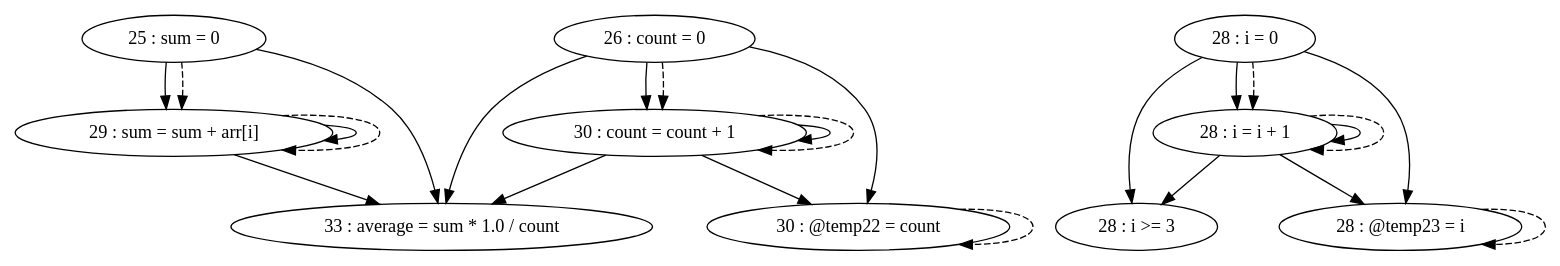
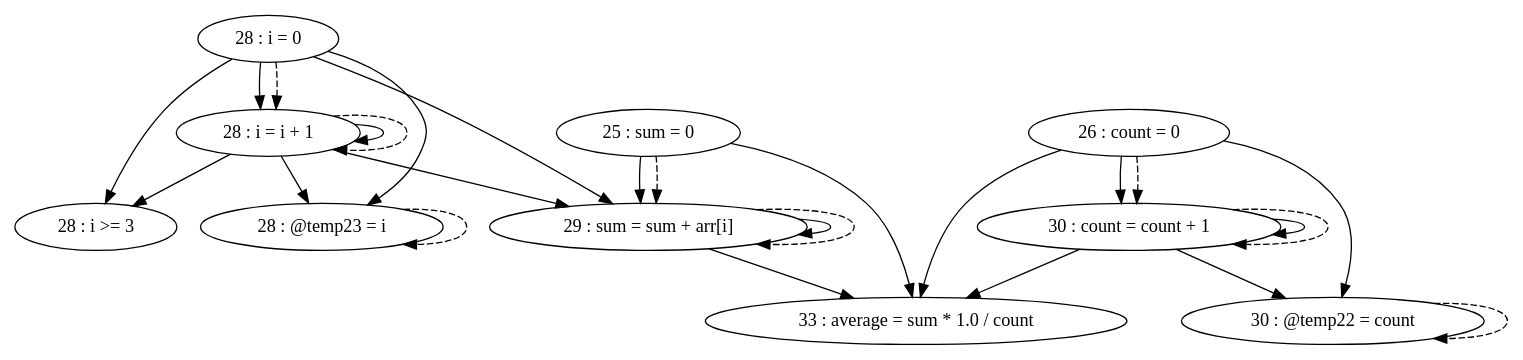
One commit to thomassimko/thesis-code-duplication changed the diagram in pdg/source/testFiles/TestCases/TestCase10/TestCase10-test2.gv. Above: the diagram before and after it, drawn with Graphviz. The commit also changed 33 other files, not shown here.

```diff
--- a/pdg/source/testFiles/TestCases/TestCase10/TestCase10-test2.gv
+++ b/pdg/source/testFiles/TestCases/TestCase10/TestCase10-test2.gv
@@ -1,36 +1,38 @@
 digraph G {
 "25 : sum = 0"
 "25 : sum = 0" -> "29 : sum = sum + arr[i]"
 "25 : sum = 0" -> "33 : average = sum * 1.0 / count"
 "25 : sum = 0" -> "29 : sum = sum + arr[i]" [style=dashed]
 "26 : count = 0"
 "26 : count = 0" -> "33 : average = sum * 1.0 / count"
 "26 : count = 0" -> "30 : @temp22 = count"
 "26 : count = 0" -> "30 : count = count + 1"
 "26 : count = 0" -> "30 : count = count + 1" [style=dashed]
 "28 : i = 0"
+"28 : i = 0" -> "29 : sum = sum + arr[i]"
+"28 : i = 0" -> "28 : @temp23 = i"
 "28 : i = 0" -> "28 : i >= 3"
-"28 : i = 0" -> "28 : @temp23 = i"
 "28 : i = 0" -> "28 : i = i + 1"
 "28 : i = 0" -> "28 : i = i + 1" [style=dashed]
 "28 : i >= 3"
 "29 : sum = sum + arr[i]"
 "29 : sum = sum + arr[i]" -> "29 : sum = sum + arr[i]"
 "29 : sum = sum + arr[i]" -> "33 : average = sum * 1.0 / count"
 "29 : sum = sum + arr[i]" -> "29 : sum = sum + arr[i]" [style=dashed]
 "30 : @temp22 = count"
 "30 : @temp22 = count" -> "30 : @temp22 = count" [style=dashed]
 "30 : count = count + 1"
 "30 : count = count + 1" -> "33 : average = sum * 1.0 / count"
 "30 : count = count + 1" -> "30 : @temp22 = count"
 "30 : count = count + 1" -> "30 : count = count + 1"
 "30 : count = count + 1" -> "30 : count = count + 1" [style=dashed]
 "28 : @temp23 = i"
 "28 : @temp23 = i" -> "28 : @temp23 = i" [style=dashed]
 "28 : i = i + 1"
+"28 : i = i + 1" -> "29 : sum = sum + arr[i]"
+"28 : i = i + 1" -> "28 : @temp23 = i"
 "28 : i = i + 1" -> "28 : i >= 3"
-"28 : i = i + 1" -> "28 : @temp23 = i"
 "28 : i = i + 1" -> "28 : i = i + 1"
 "28 : i = i + 1" -> "28 : i = i + 1" [style=dashed]
 "33 : average = sum * 1.0 / count"
 }
```
